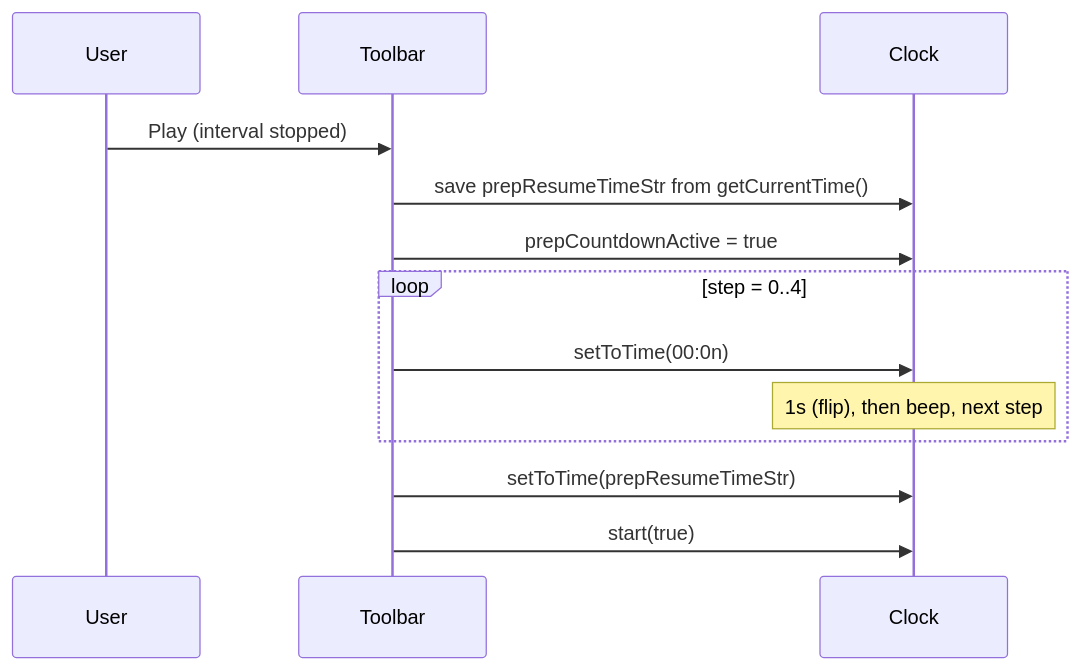
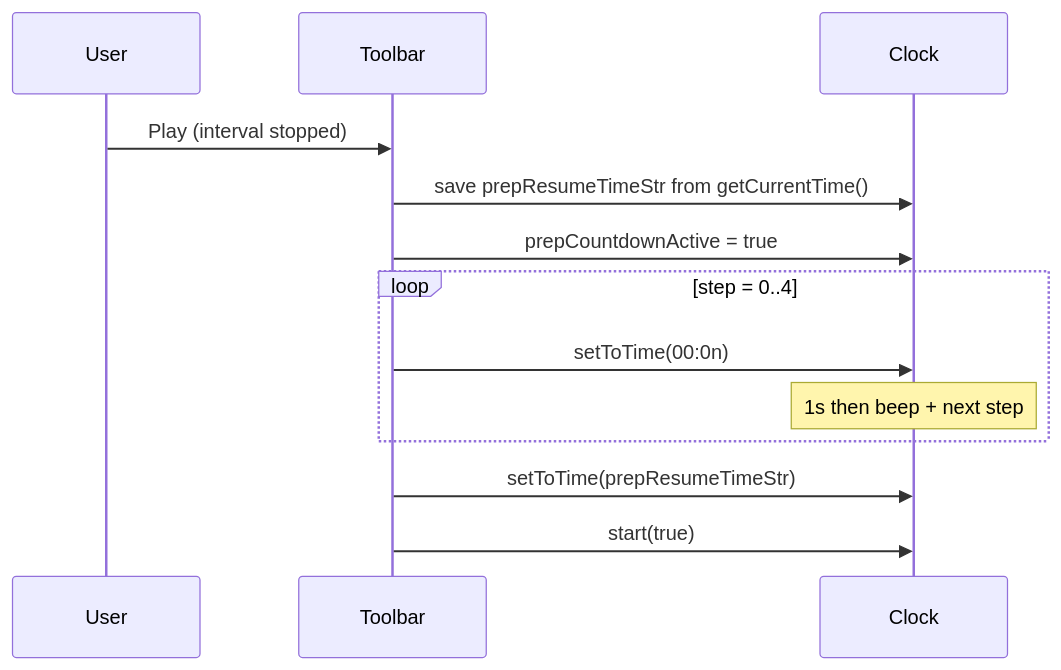
Before and after one commit to kaioe/fliptimer: the diagram in docs/prep-countdown-analysis.md, drawn with Mermaid. The commit also changed other lines of this file and 4 other files, not shown here.

````diff
--- a/docs/prep-countdown-analysis.md
+++ b/docs/prep-countdown-analysis.md
@@ -30,16 +32,16 @@
 ```mermaid
 sequenceDiagram
 	participant User
 	participant Toolbar
 	participant Clock
 
 	User->>Toolbar: Play (interval stopped)
 	Toolbar->>Clock: save prepResumeTimeStr from getCurrentTime()
 	Toolbar->>Clock: prepCountdownActive = true
 	loop step = 0..4
 		Toolbar->>Clock: setToTime(00:0n)
-		Note over Clock: 1s (flip), then beep, next step
+		Note over Clock: 1s then beep + next step
 	end
 	Toolbar->>Clock: setToTime(prepResumeTimeStr)
 	Toolbar->>Clock: start(true)
 ```
````
